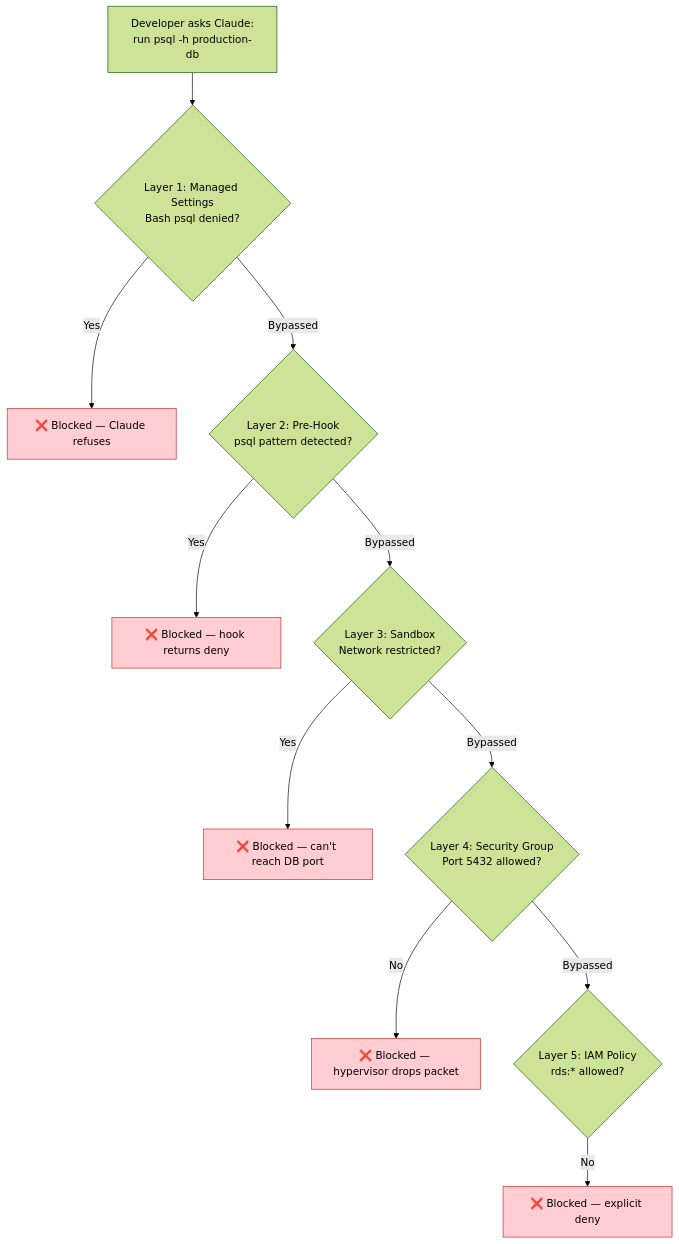
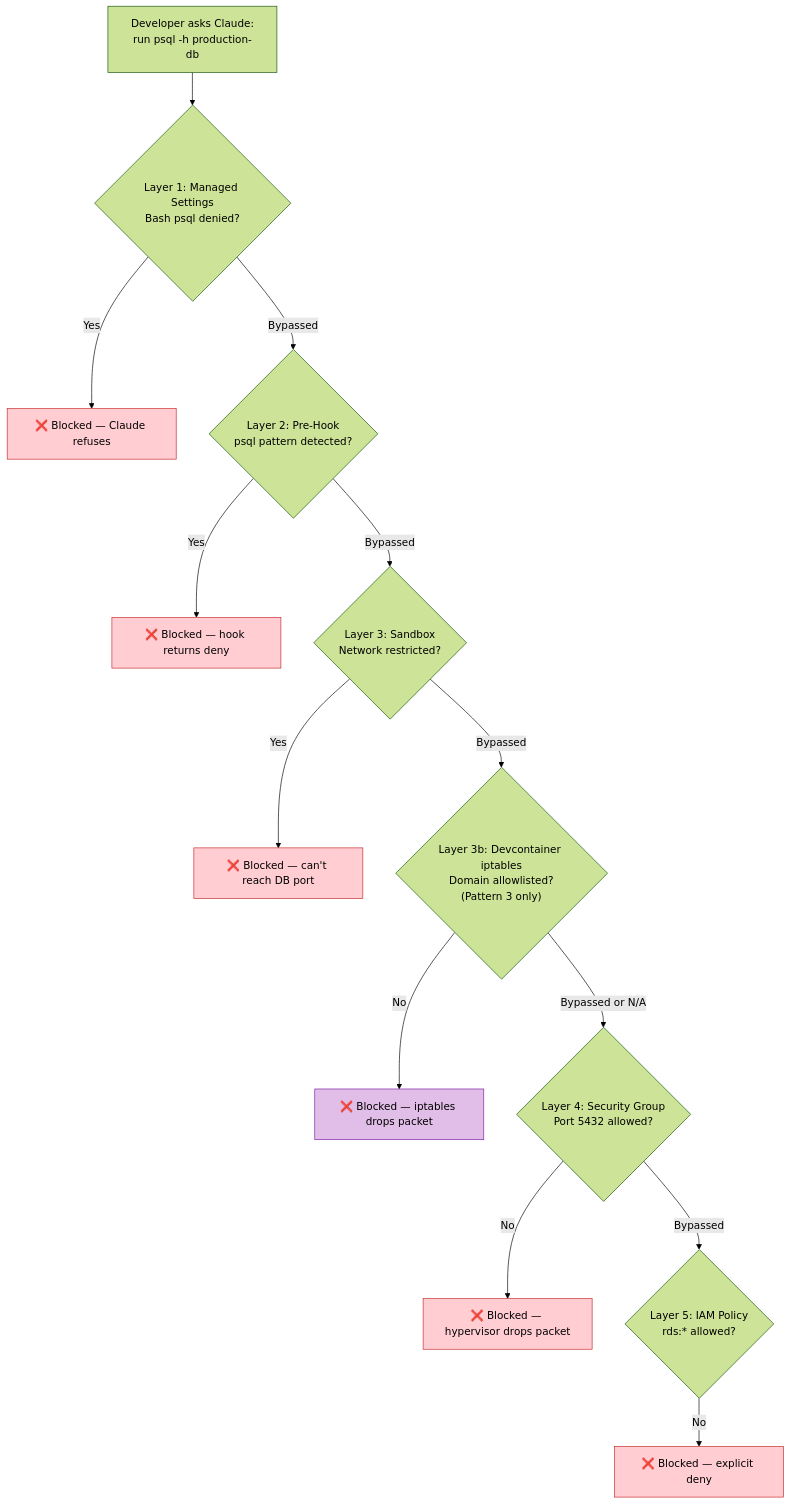
One commit to aidin-repo/claude-code-ec2-isolation changed the third of 4 diagrams in README.md. Above: the diagram before and after it, drawn with Mermaid (forest theme).

Commit message:
Add devcontainer iptables layer to defense-in-depth flow diagram

````diff
--- a/README.md
+++ b/README.md
@@ -259,19 +259,22 @@
 ```mermaid
 graph TD
   A["Developer asks Claude:<br>run psql -h production-db"] --> B{"Layer 1: Managed Settings<br>Bash psql denied?"}
   B -->|Yes| C["❌ Blocked — Claude refuses"]
   B -->|Bypassed| D{"Layer 2: Pre-Hook<br>psql pattern detected?"}
   D -->|Yes| E["❌ Blocked — hook returns deny"]
   D -->|Bypassed| F{"Layer 3: Sandbox<br>Network restricted?"}
   F -->|Yes| G["❌ Blocked — can't reach DB port"]
-  F -->|Bypassed| H{"Layer 4: Security Group<br>Port 5432 allowed?"}
+  F -->|Bypassed| F2{"Layer 3b: Devcontainer iptables<br>Domain allowlisted?<br>(Pattern 3 only)"}
+  F2 -->|No| G2["❌ Blocked — iptables drops packet"]
+  F2 -->|Bypassed or N/A| H{"Layer 4: Security Group<br>Port 5432 allowed?"}
   H -->|No| I["❌ Blocked — hypervisor drops packet"]
   H -->|Bypassed| J{"Layer 5: IAM Policy<br>rds:* allowed?"}
   J -->|No| K["❌ Blocked — explicit deny"]
 
   style C fill:#ffcdd2,stroke:#c62828,color:#000
   style E fill:#ffcdd2,stroke:#c62828,color:#000
   style G fill:#ffcdd2,stroke:#c62828,color:#000
+  style G2 fill:#e1bee7,stroke:#7b1fa2,color:#000
   style I fill:#ffcdd2,stroke:#c62828,color:#000
   style K fill:#ffcdd2,stroke:#c62828,color:#000
 ```
````
